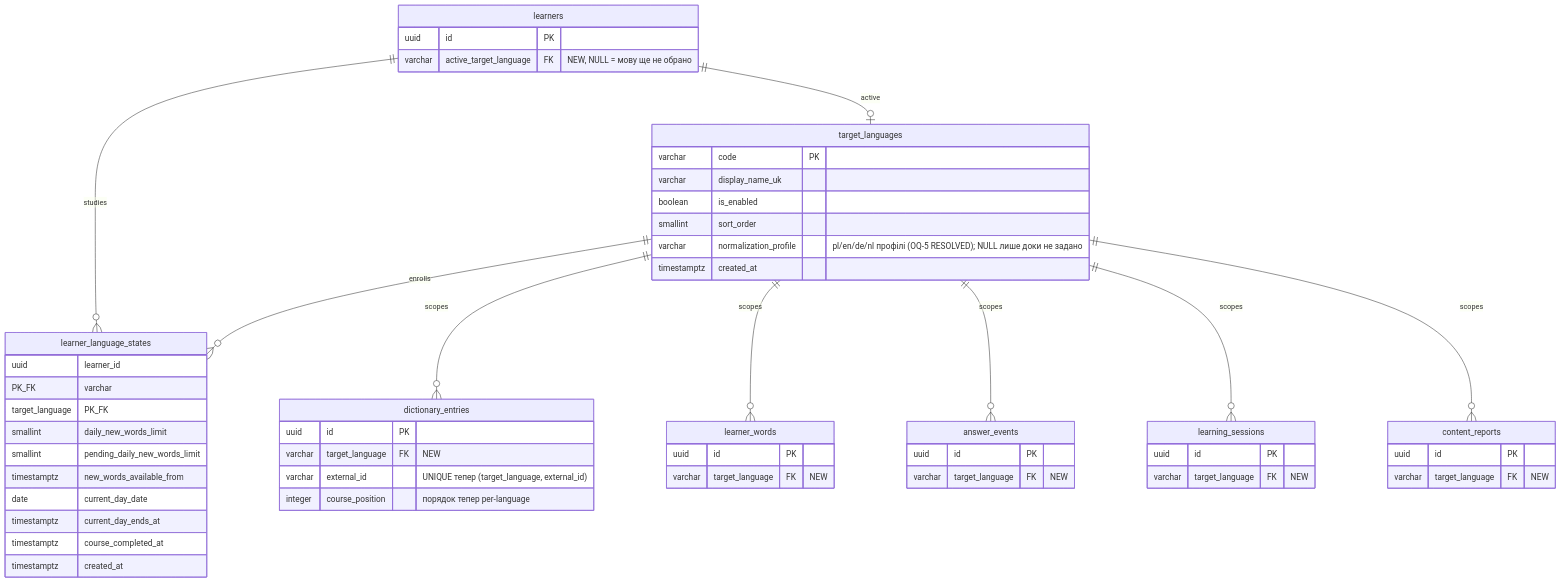
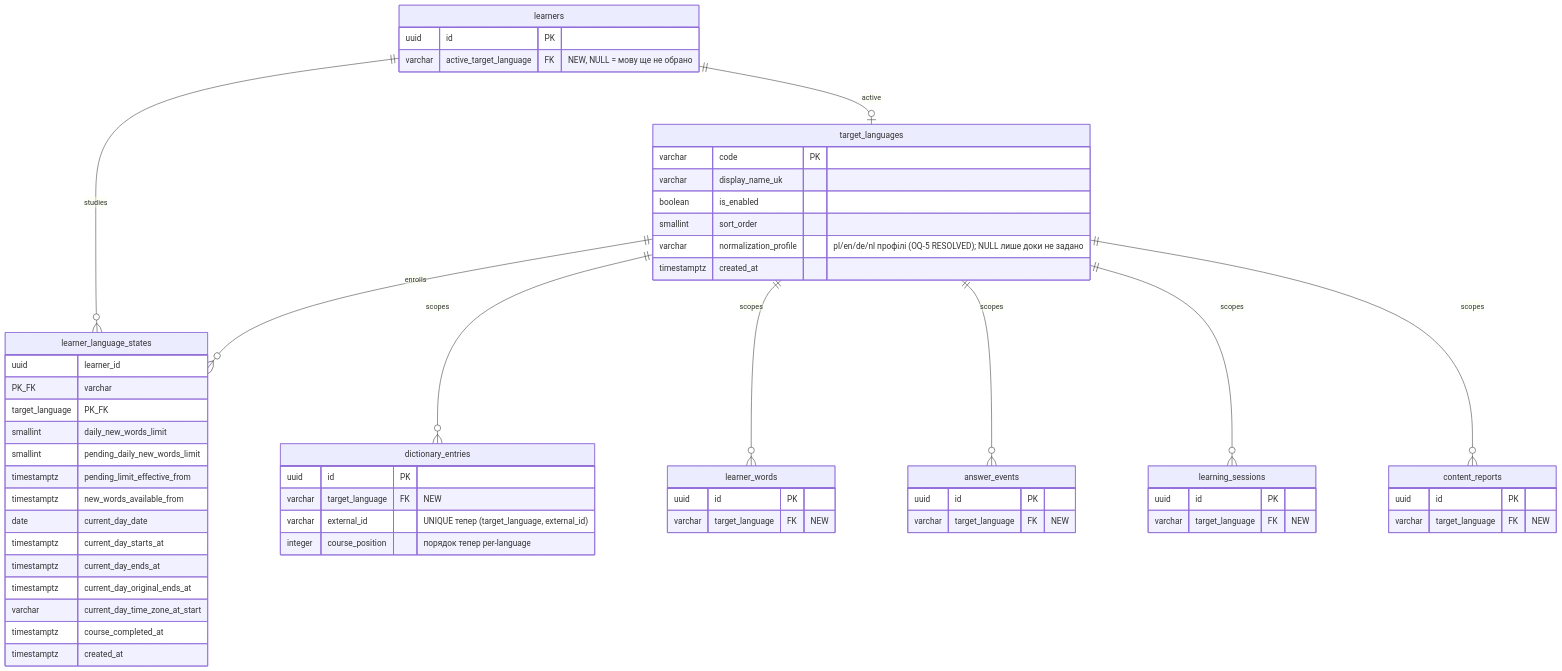
One commit to HeliosPersonal/constant-learning changed the diagram in docs/features/multi-target-languages/data-model.md. Above: the diagram before and after it, drawn with Mermaid. The commit also changed other lines of this file and 11 other files, not shown here.

````diff
--- a/docs/features/multi-target-languages/data-model.md
+++ b/docs/features/multi-target-languages/data-model.md
@@ -45,57 +45,61 @@
 ```mermaid
 erDiagram
     target_languages ||--o{ learner_language_states : enrolls
     target_languages ||--o{ dictionary_entries : scopes
     target_languages ||--o{ learner_words : scopes
     target_languages ||--o{ answer_events : scopes
     target_languages ||--o{ learning_sessions : scopes
     target_languages ||--o{ content_reports : scopes
     learners ||--o{ learner_language_states : studies
     learners ||--o| target_languages : active
 
     target_languages {
         varchar code PK
         varchar display_name_uk
         boolean is_enabled
         smallint sort_order
         varchar normalization_profile "pl/en/de/nl профілі (OQ-5 RESOLVED); NULL лише доки не задано"
         timestamptz created_at
     }
     learner_language_states {
         uuid learner_id PK_FK
         varchar target_language PK_FK
         smallint daily_new_words_limit
         smallint pending_daily_new_words_limit
+        timestamptz pending_limit_effective_from
         timestamptz new_words_available_from
         date current_day_date
+        timestamptz current_day_starts_at
         timestamptz current_day_ends_at
+        timestamptz current_day_original_ends_at
+        varchar current_day_time_zone_at_start
         timestamptz course_completed_at
         timestamptz created_at
     }
     learners {
         uuid id PK
         varchar active_target_language FK "NEW, NULL = мову ще не обрано"
     }
     dictionary_entries {
         uuid id PK
         varchar target_language FK "NEW"
         varchar external_id "UNIQUE тепер (target_language, external_id)"
         integer course_position "порядок тепер per-language"
     }
     learner_words {
         uuid id PK
         varchar target_language FK "NEW"
     }
     answer_events {
         uuid id PK
         varchar target_language FK "NEW"
     }
     learning_sessions {
         uuid id PK
         varchar target_language FK "NEW"
     }
     content_reports {
         uuid id PK
         varchar target_language FK "NEW"
     }
 ```
````
